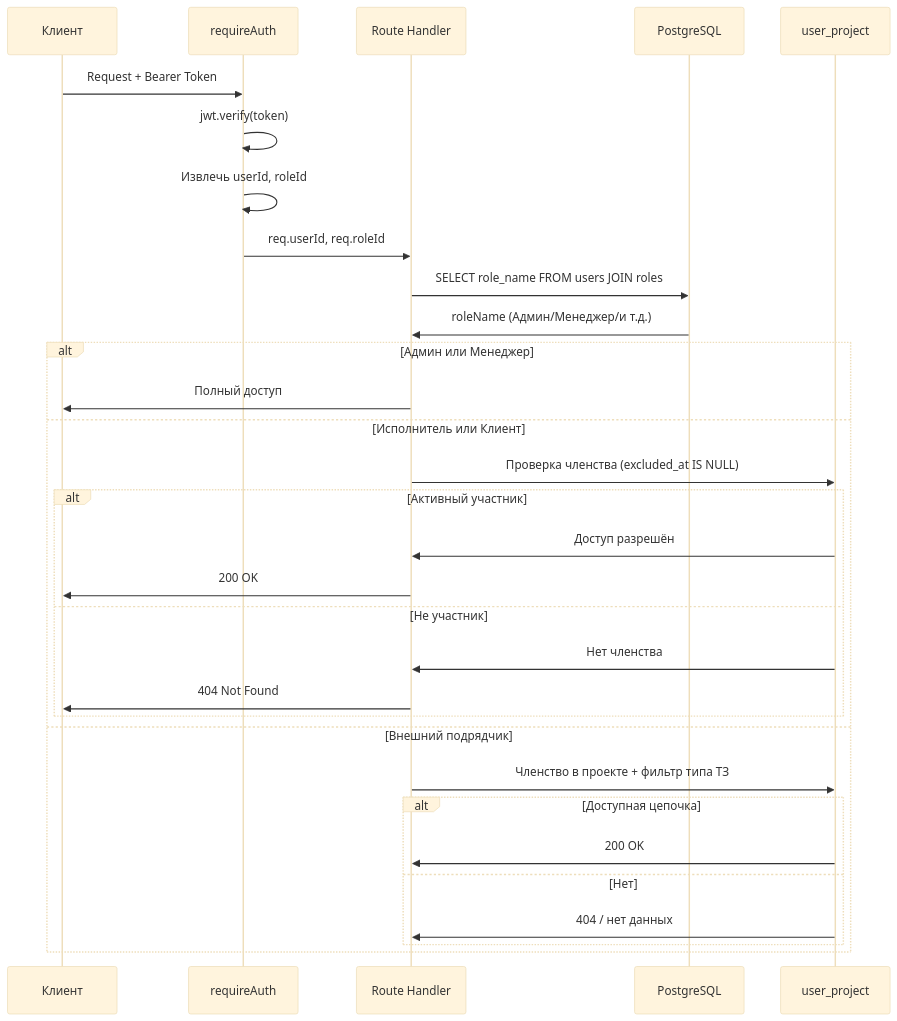
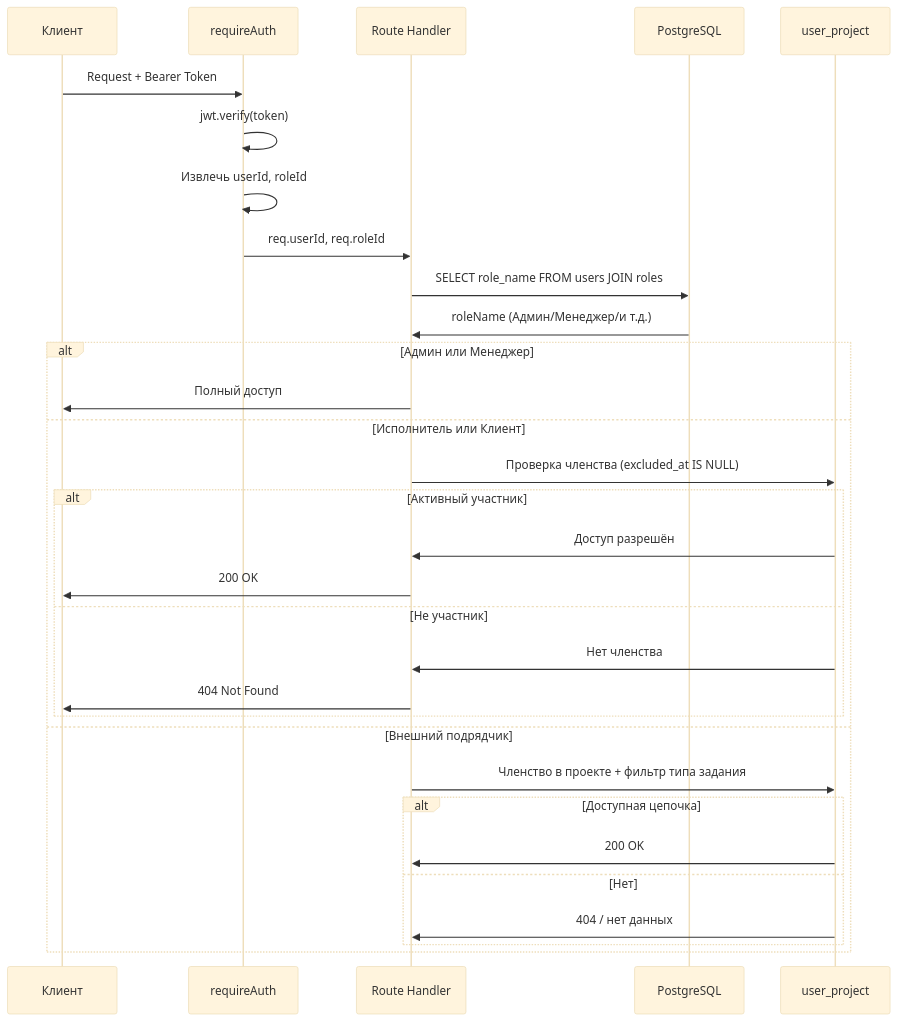
Before and after one commit to eQurane/mox: the second of 3 diagrams in .cursor/rules/access-matrix.mdc, drawn with Mermaid (base theme). The commit also changed other lines of this file and 42 other files, not shown here.

````diff
--- a/.cursor/rules/access-matrix.mdc
+++ b/.cursor/rules/access-matrix.mdc
@@ -132,36 +132,36 @@
 ```mermaid
 sequenceDiagram
     participant Client as Клиент
     participant Middleware as requireAuth
     participant RouteHandler as Route Handler
     participant DB as PostgreSQL
     participant UserProject as user_project
     
     Client->>Middleware: Request + Bearer Token
     Middleware->>Middleware: jwt.verify(token)
     Middleware->>Middleware: Извлечь userId, roleId
     Middleware->>RouteHandler: req.userId, req.roleId
     
     RouteHandler->>DB: SELECT role_name FROM users JOIN roles
     DB->>RouteHandler: roleName (Админ/Менеджер/и т.д.)
     
     alt Админ или Менеджер
         RouteHandler->>Client: Полный доступ
     else Исполнитель или Клиент
         RouteHandler->>UserProject: Проверка членства (excluded_at IS NULL)
         alt Активный участник
             UserProject->>RouteHandler: Доступ разрешён
             RouteHandler->>Client: 200 OK
         else Не участник
             UserProject->>RouteHandler: Нет членства
             RouteHandler->>Client: 404 Not Found
         end
     else Внешний подрядчик
-        RouteHandler->>UserProject: Членство в проекте + фильтр типа ТЗ
+        RouteHandler->>UserProject: Членство в проекте + фильтр типа задания
         alt Доступная цепочка
             UserProject->>RouteHandler: 200 OK
         else Нет
             UserProject->>RouteHandler: 404 / нет данных
         end
     end
 ```
````
